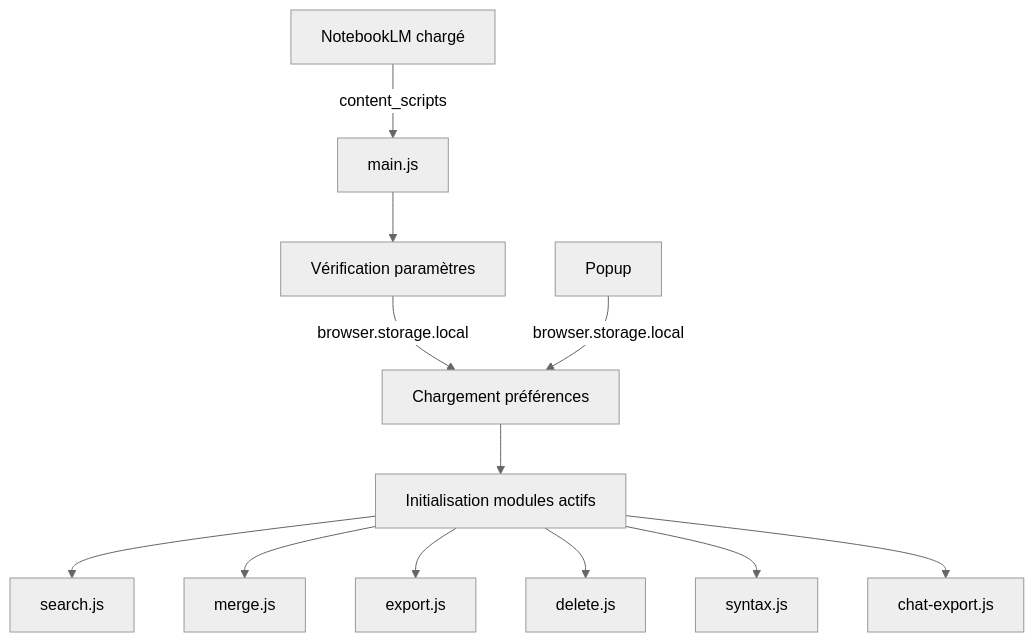
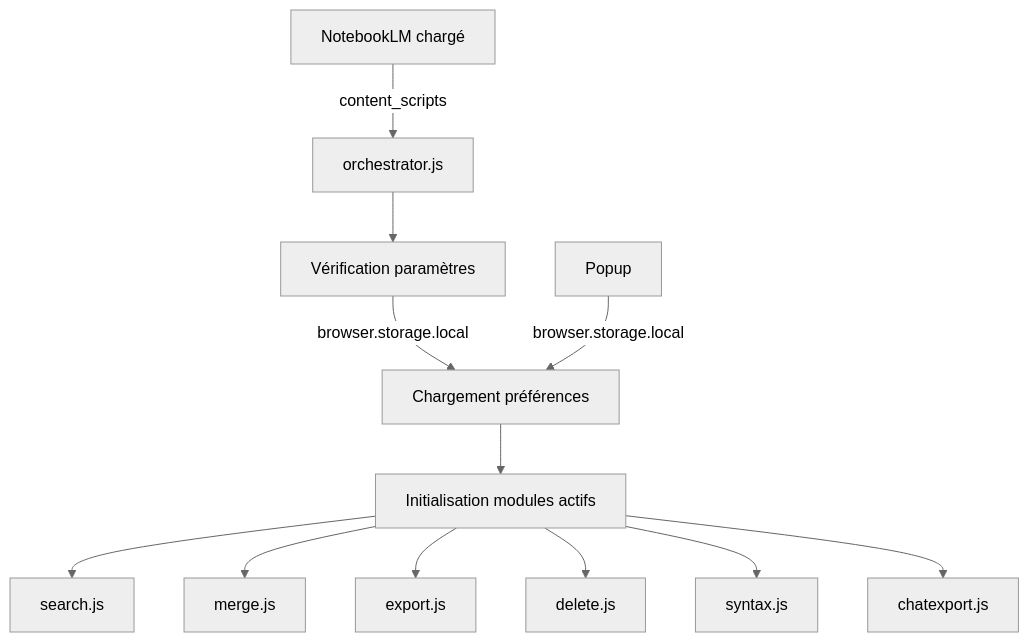
The diagram in ARCHITECTURE.md (mtfkarukera/magic-manager), drawn with Mermaid (neutral theme) before and after one commit. The commit also changed other lines of this file and 11 other files, not shown here.

````diff
--- a/ARCHITECTURE.md
+++ b/ARCHITECTURE.md
@@ -53,14 +55,14 @@
 ```mermaid
 graph TD
-    A["NotebookLM chargé"] -->|"content_scripts"| B["main.js"]
+    A["NotebookLM chargé"] -->|"content_scripts"| B["orchestrator.js"]
     B --> C["Vérification paramètres"]
     C -->|"browser.storage.local"| D["Chargement préférences"]
     D --> E["Initialisation modules actifs"]
     E --> F["search.js"]
     E --> G["merge.js"]
     E --> H["export.js"]
     E --> I["delete.js"]
     E --> J["syntax.js"]
-    E --> K["chat-export.js"]
+    E --> K["chatexport.js"]
     L["Popup"] -->|"browser.storage.local"| D
 ```
````
